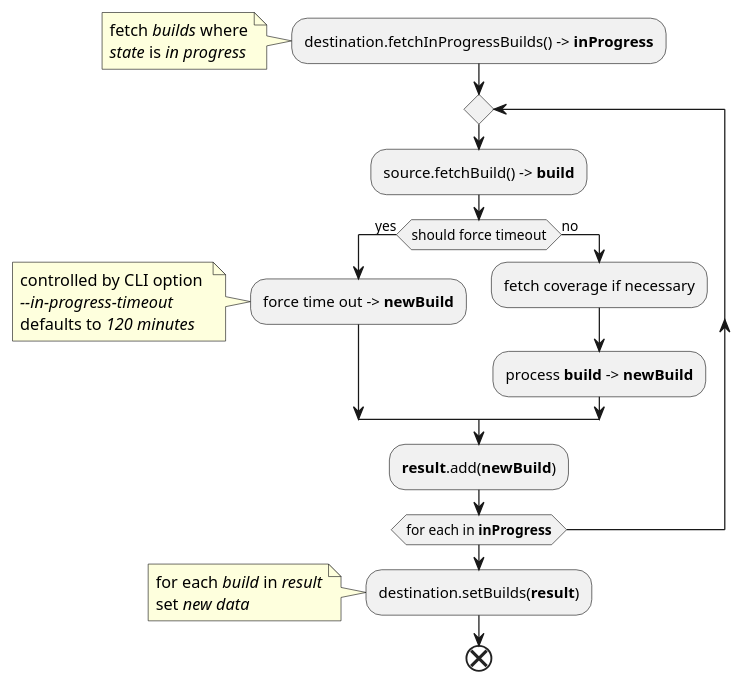
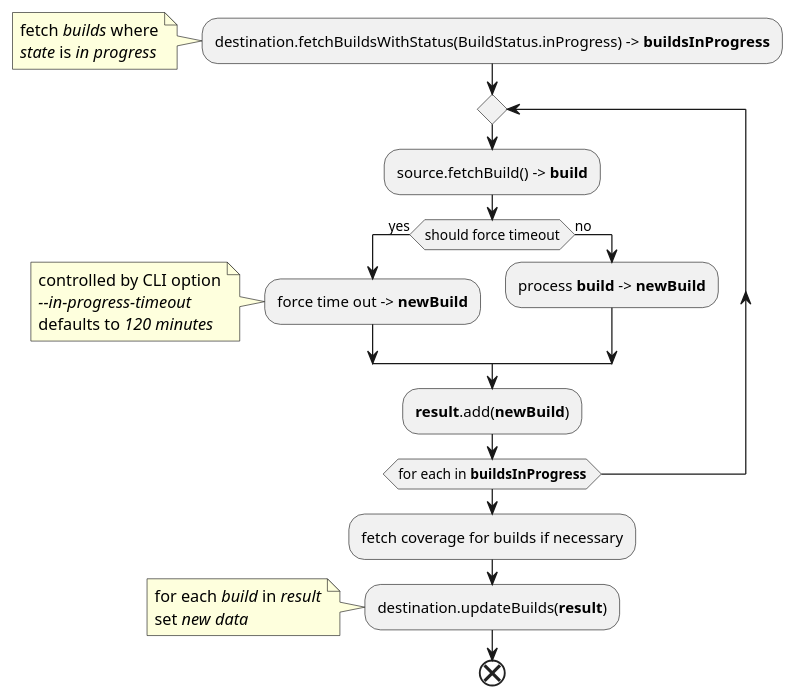
Before and after one commit to Flank/flank-dashboard: the diagram in metrics/ci_integrations/docs/diagrams/resync_stage_activity_diagram.puml, drawn with PlantUML. The commit also changed 6 other files, not shown here.

Commit message:
add diagrams; add sections to the document

```diff
--- a/metrics/ci_integrations/docs/diagrams/resync_stage_activity_diagram.puml
+++ b/metrics/ci_integrations/docs/diagrams/resync_stage_activity_diagram.puml
@@ -1,37 +1,37 @@
 @startuml resync_stage_activity_diagram
 'https://plantuml.com/activity-diagram-beta
 skinparam ConditionEndStyle hline
 
-:destination.fetchInProgressBuilds() -> **inProgress**;
+:destination.fetchBuildsWithStatus(BuildStatus.inProgress) -> **buildsInProgress**;
 note left
     fetch //builds// where
     //state// is //in progress//
 end note
 
 repeat
     :source.fetchBuild() -> **build**;
 
-    if (should force timeout) then (yes) 
+    if (should force timeout) then (yes)
         :force time out -> **newBuild**;
         note left
-            controlled by CLI option 
+            controlled by CLI option
             //--in-progress-timeout//
             defaults to //120 minutes//
         end note
     else (no)
-        :fetch coverage if necessary;
         :process **build** -> **newBuild**;
     endif
 
     :**result**.add(**newBuild**);
-repeatwhile (for each in **inProgress**)
+repeatwhile (for each in **buildsInProgress**)
 
-:destination.setBuilds(**result**);
+:fetch coverage for builds if necessary;
+:destination.updateBuilds(**result**);
 note left
     for each //build// in //result//
     set //new data//
 end note
 
 end
 
 @enduml
```
